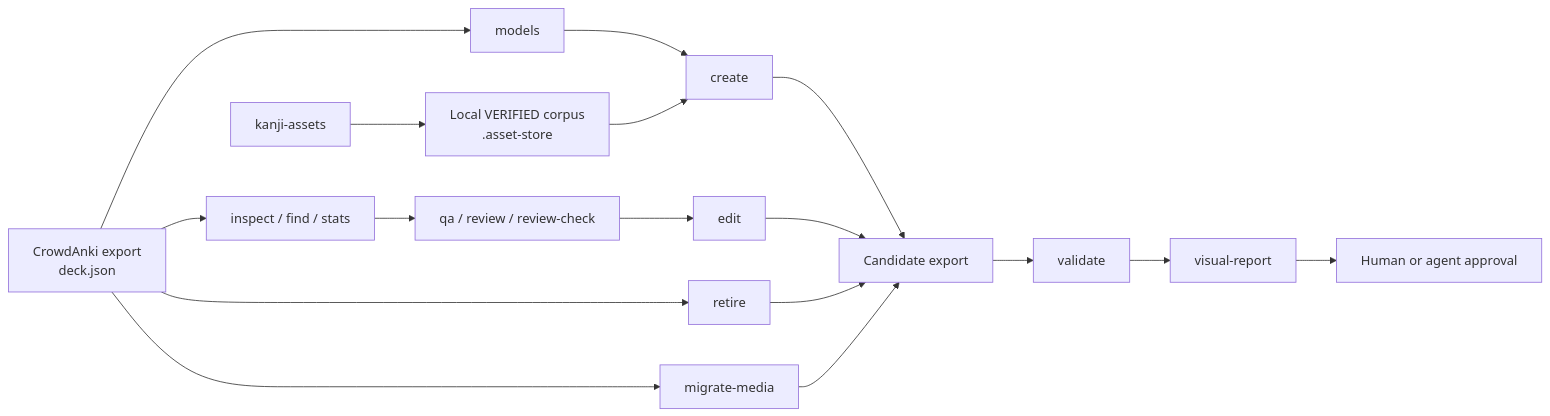
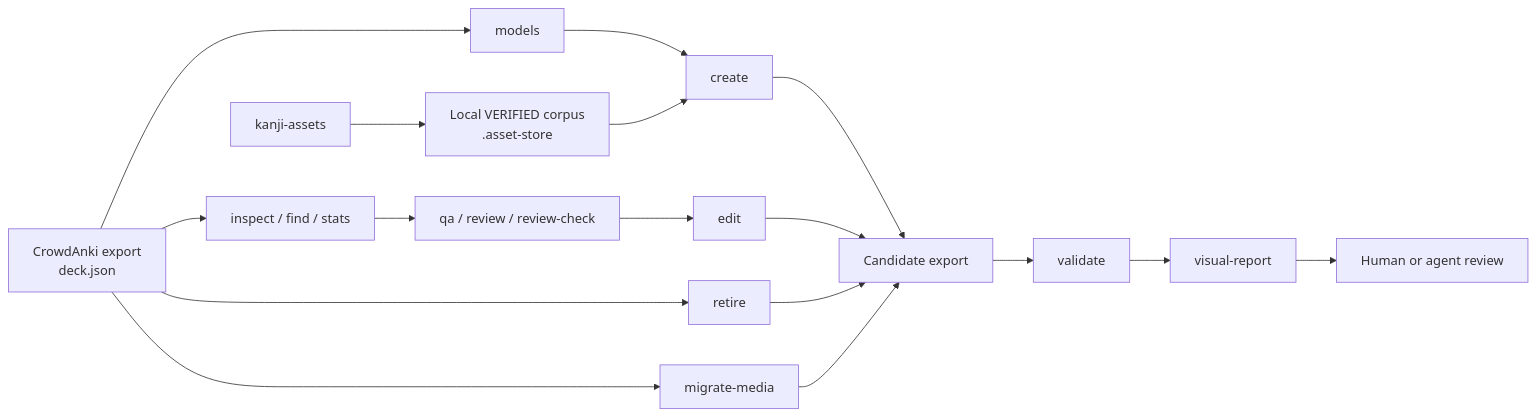
The diagram in README.en.md (AliceLiddell01/Anki-decks), drawn with Mermaid before and after one commit. The commit also changed other lines of this file and 1 other file, not shown here.

````diff
--- a/README.en.md
+++ b/README.en.md
@@ -55,22 +55,22 @@
 ```mermaid
 flowchart LR
     A["CrowdAnki export<br/>deck.json"] --> B["inspect / find / stats"]
     A --> C["models"]
     B --> D["qa / review / review-check"]
     C --> E["create"]
     D --> F["edit"]
     A --> G["retire"]
     A --> N["migrate-media"]
 
     H["kanji-assets"] --> I["Local VERIFIED corpus<br/>.asset-store"]
     I --> E
 
     E --> J["Candidate export"]
     F --> J
     G --> J
     N --> J
 
     J --> K["validate"]
     K --> L["visual-report"]
-    L --> M["Human or agent approval"]
+    L --> M["Human or agent review"]
 ```
````
